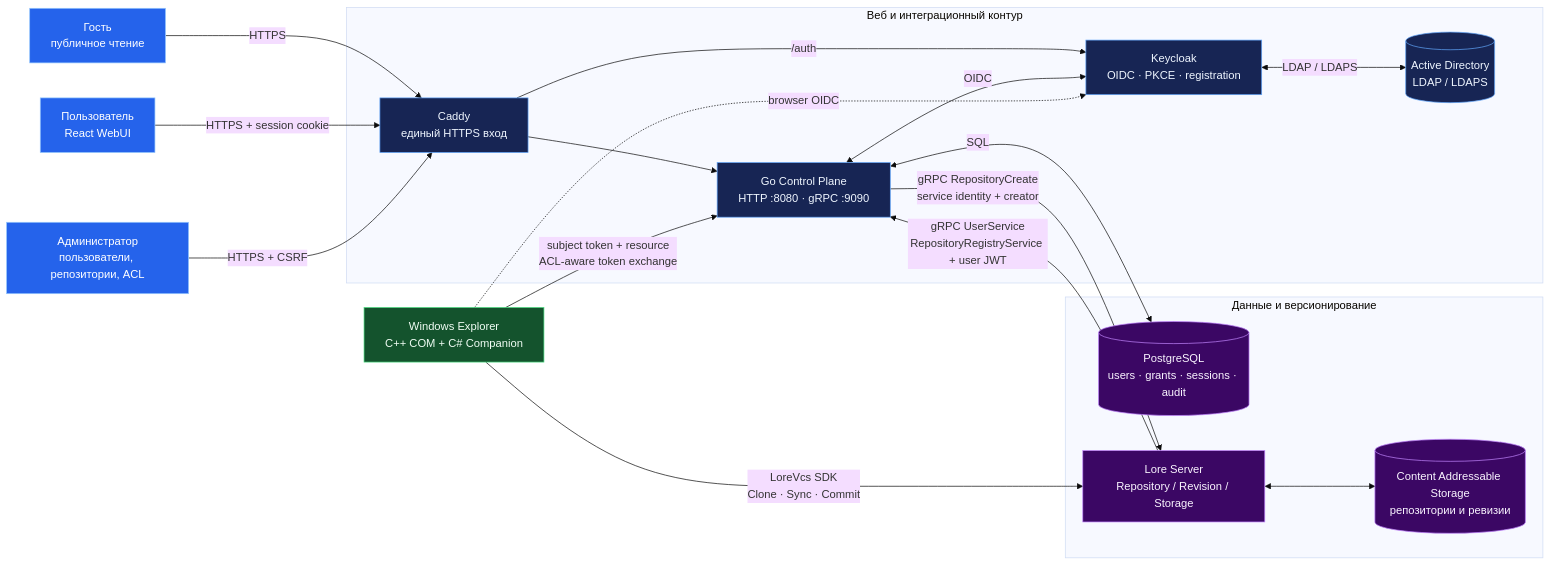
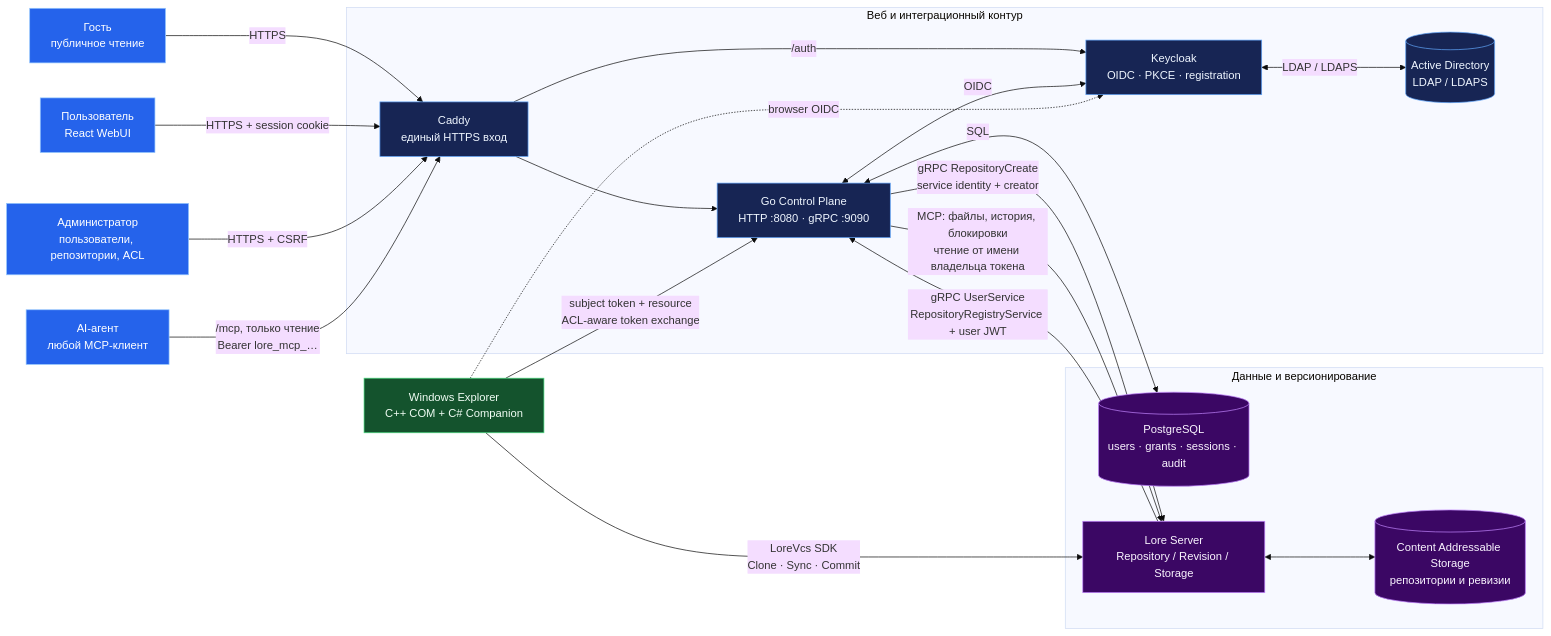
Before and after one commit to arutar/lore: the first of 3 diagrams in platform/docs/architecture.md, drawn with Mermaid (base theme). The commit also changed 3 other files, not shown here.

First line of the commit message:
Docs: MCP badge, screenshot slideshows, MCP in the architecture diagram

````diff
--- a/platform/docs/architecture.md
+++ b/platform/docs/architecture.md
@@ -5,44 +5,47 @@
 ```mermaid
 flowchart LR
     Guest["Гость<br/>публичное чтение"]
     User["Пользователь<br/>React WebUI"]
     Admin["Администратор<br/>пользователи, репозитории, ACL"]
     Explorer["Windows Explorer<br/>C++ COM + C# Companion"]
+    Agent["AI-агент<br/>любой MCP-клиент"]
 
     subgraph Edge["Веб и интеграционный контур"]
         Caddy["Caddy<br/>единый HTTPS вход"]
         CP["Go Control Plane<br/>HTTP :8080 · gRPC :9090"]
         KC["Keycloak<br/>OIDC · PKCE · registration"]
         AD[("Active Directory<br/>LDAP / LDAPS")]
     end
 
     subgraph Data["Данные и версионирование"]
         PG[("PostgreSQL<br/>users · grants · sessions · audit")]
         Lore["Lore Server<br/>Repository / Revision / Storage"]
         CAS[("Content Addressable Storage<br/>репозитории и ревизии")]
     end
 
     Guest -->|"HTTPS"| Caddy
     User -->|"HTTPS + session cookie"| Caddy
     Admin -->|"HTTPS + CSRF"| Caddy
+    Agent -->|"/mcp, только чтение<br/>Bearer lore_mcp_…"| Caddy
     Caddy --> CP
     Caddy -->|"/auth"| KC
     CP <-->|"OIDC"| KC
     KC <-->|"LDAP / LDAPS"| AD
     CP <-->|"SQL"| PG
     CP -->|"gRPC RepositoryCreate<br/>service identity + creator"| Lore
+    CP -->|"MCP: файлы, история, блокировки<br/>чтение от имени владельца токена"| Lore
     Lore -->|"gRPC UserService<br/>RepositoryRegistryService + user JWT"| CP
     Lore <--> CAS
     Explorer -->|"LoreVcs SDK<br/>Clone · Sync · Commit"| Lore
     Explorer -.->|"browser OIDC"| KC
     Explorer -->|"subject token + resource<br/>ACL-aware token exchange"| CP
 
     classDef person fill:#2563eb,stroke:#93c5fd,color:#fff,stroke-width:1px;
     classDef service fill:#172554,stroke:#60a5fa,color:#eff6ff,stroke-width:1px;
     classDef data fill:#3b0764,stroke:#c084fc,color:#faf5ff,stroke-width:1px;
     classDef windows fill:#14532d,stroke:#4ade80,color:#f0fdf4,stroke-width:1px;
-    class Guest,User,Admin person;
+    class Guest,User,Admin,Agent person;
     class CP,KC,AD,Caddy service;
     class PG,Lore,CAS data;
     class Explorer windows;
 ```
````
